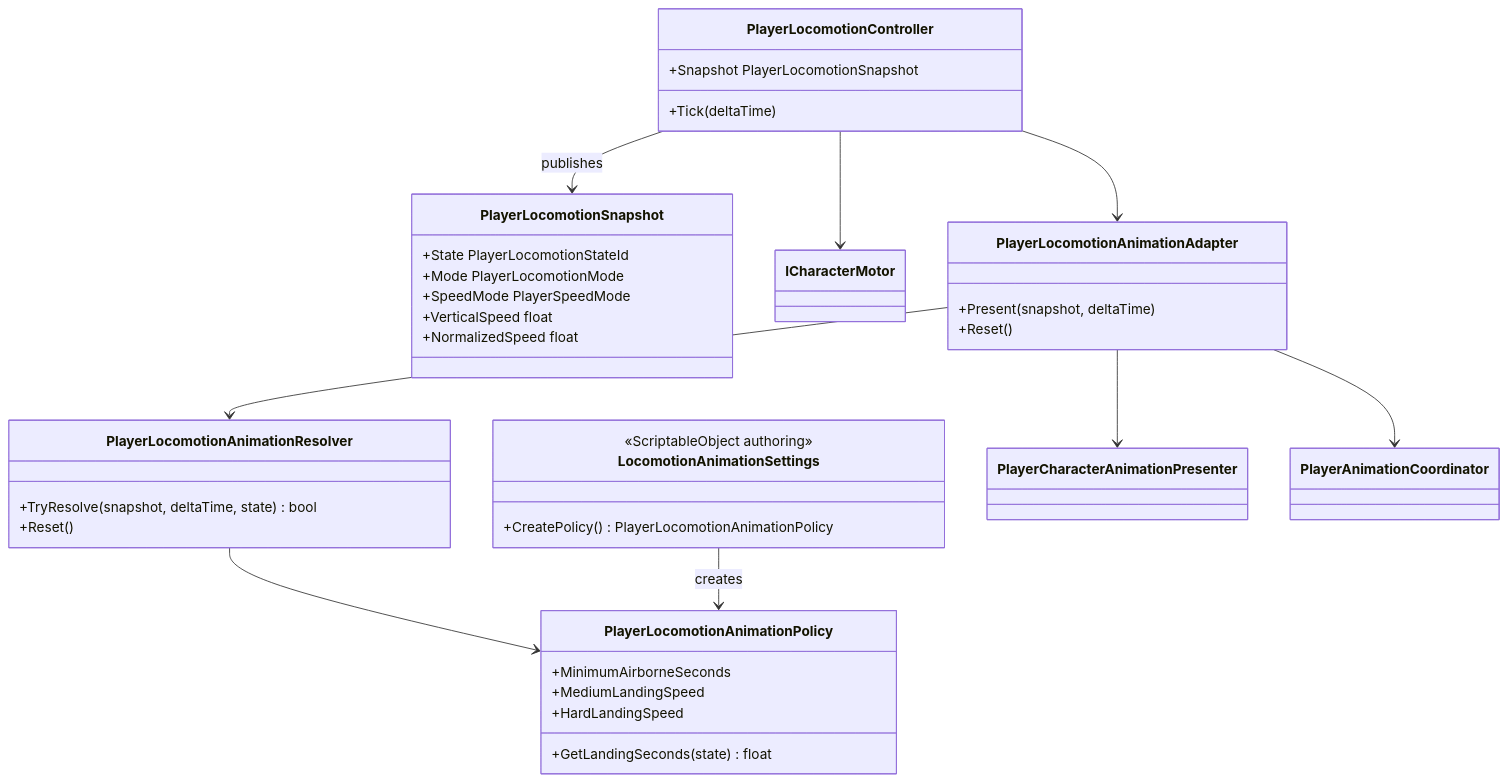
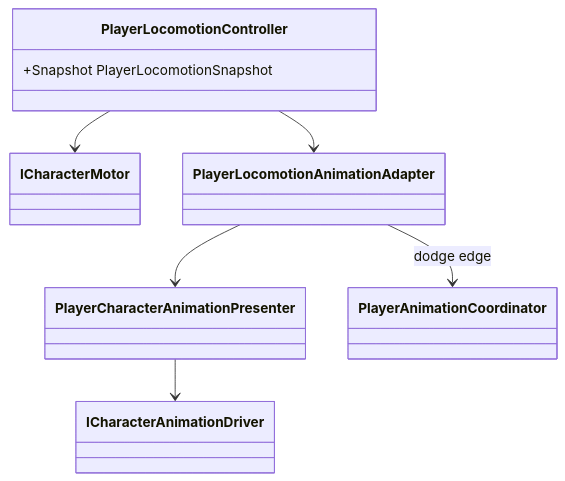
The diagram in Assets/_App/Core/Runtime/Character/Locomotion/README.md (MaximFonariuc/project-s), drawn with Mermaid before and after one commit. The commit also changed other lines of this file and 190 other files, not shown here.

Commit message:
refactor: rebuild player animation with KurtzPel Mecanim

````diff
--- a/Assets/_App/Core/Runtime/Character/Locomotion/README.md
+++ b/Assets/_App/Core/Runtime/Character/Locomotion/README.md
@@ -9,44 +6,17 @@
 ```mermaid
 classDiagram
     class PlayerLocomotionController {
-        +Tick(deltaTime)
         +Snapshot PlayerLocomotionSnapshot
     }
-    class PlayerLocomotionSnapshot {
-        +State PlayerLocomotionStateId
-        +Mode PlayerLocomotionMode
-        +SpeedMode PlayerSpeedMode
-        +VerticalSpeed float
-        +NormalizedSpeed float
-    }
     class ICharacterMotor
-    class PlayerLocomotionAnimationResolver {
-        +TryResolve(snapshot, deltaTime, state) bool
-        +Reset()
-    }
-    class PlayerLocomotionAnimationPolicy {
-        +MinimumAirborneSeconds
-        +MediumLandingSpeed
-        +HardLandingSpeed
-        +GetLandingSeconds(state) float
-    }
-    class LocomotionAnimationSettings {
-        <<ScriptableObject authoring>>
-        +CreatePolicy() PlayerLocomotionAnimationPolicy
-    }
-    class PlayerLocomotionAnimationAdapter {
-        +Present(snapshot, deltaTime)
-        +Reset()
-    }
+    class PlayerLocomotionAnimationAdapter
     class PlayerCharacterAnimationPresenter
     class PlayerAnimationCoordinator
+    class ICharacterAnimationDriver
 
     PlayerLocomotionController --> ICharacterMotor
-    PlayerLocomotionController --> PlayerLocomotionSnapshot : publishes
     PlayerLocomotionController --> PlayerLocomotionAnimationAdapter
-    PlayerLocomotionAnimationAdapter --> PlayerLocomotionAnimationResolver
     PlayerLocomotionAnimationAdapter --> PlayerCharacterAnimationPresenter
-    PlayerLocomotionAnimationAdapter --> PlayerAnimationCoordinator
-    PlayerLocomotionAnimationResolver --> PlayerLocomotionAnimationPolicy
-    LocomotionAnimationSettings --> PlayerLocomotionAnimationPolicy : creates
+    PlayerLocomotionAnimationAdapter --> PlayerAnimationCoordinator : dodge edge
+    PlayerCharacterAnimationPresenter --> ICharacterAnimationDriver
 ```
````
